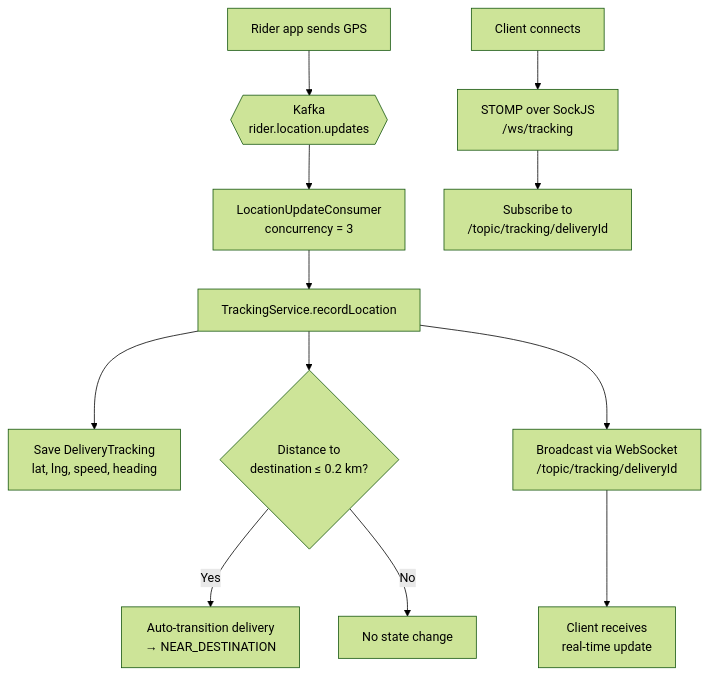
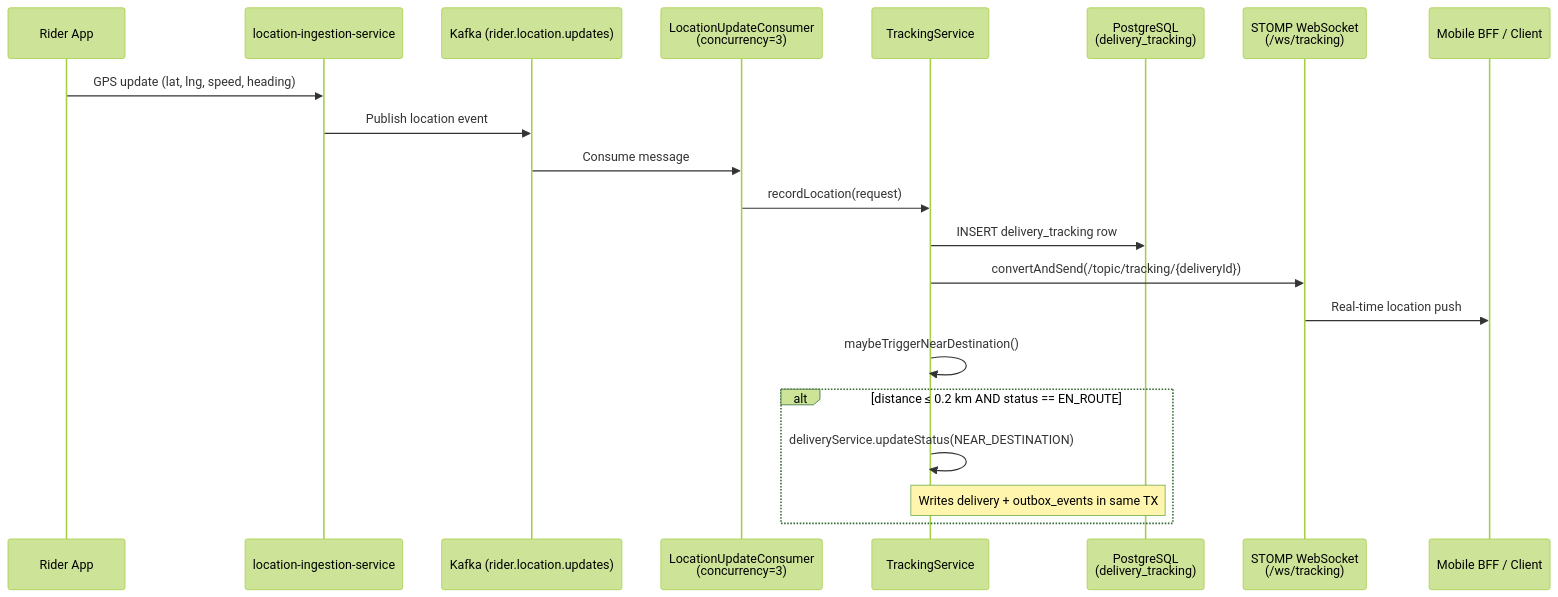
Before and after one commit to sunitakeazycommerz-a11y/InstaCommerce: the fourth of 6 diagrams in services/routing-eta-service/README.md, drawn with Mermaid (forest theme). The commit also changed other lines of this file and 2 other files, not shown here.

Commit message:
docs(logistics): deepen dark-store service guides

````diff
--- a/services/routing-eta-service/README.md
+++ b/services/routing-eta-service/README.md
@@ -46,15 +284,26 @@
 ```mermaid
-flowchart TD
-    A[Rider app sends GPS] --> B{{Kafka<br/>rider.location.updates}}
-    B --> C[LocationUpdateConsumer<br/>concurrency = 3]
-    C --> D[TrackingService.recordLocation]
-    D --> E[Save DeliveryTracking<br/>lat, lng, speed, heading]
-    D --> F{Distance to<br/>destination ≤ 0.2 km?}
-    F -->|Yes| G[Auto-transition delivery<br/>→ NEAR_DESTINATION]
-    F -->|No| H[No state change]
-    D --> I[Broadcast via WebSocket<br/>/topic/tracking/deliveryId]
-    I --> J[Client receives<br/>real-time update]
+sequenceDiagram
+    participant RiderApp as Rider App
+    participant LIS as location-ingestion-service
+    participant Kafka as Kafka (rider.location.updates)
+    participant LUC as LocationUpdateConsumer<br/>(concurrency=3)
+    participant TS as TrackingService
+    participant PG as PostgreSQL<br/>(delivery_tracking)
+    participant WS as STOMP WebSocket<br/>(/ws/tracking)
+    participant Client as Mobile BFF / Client
 
-    K[Client connects] --> L[STOMP over SockJS<br/>/ws/tracking]
-    L --> M[Subscribe to<br/>/topic/tracking/deliveryId]
+    RiderApp->>LIS: GPS update (lat, lng, speed, heading)
+    LIS->>Kafka: Publish location event
+    Kafka->>LUC: Consume message
+    LUC->>TS: recordLocation(request)
+
+    TS->>PG: INSERT delivery_tracking row
+    TS->>WS: convertAndSend(/topic/tracking/{deliveryId})
+    WS->>Client: Real-time location push
+
+    TS->>TS: maybeTriggerNearDestination()
+    alt distance ≤ 0.2 km AND status == EN_ROUTE
+        TS->>TS: deliveryService.updateStatus(NEAR_DESTINATION)
+        Note over TS,PG: Writes delivery + outbox_events in same TX
+    end
 ```
````
